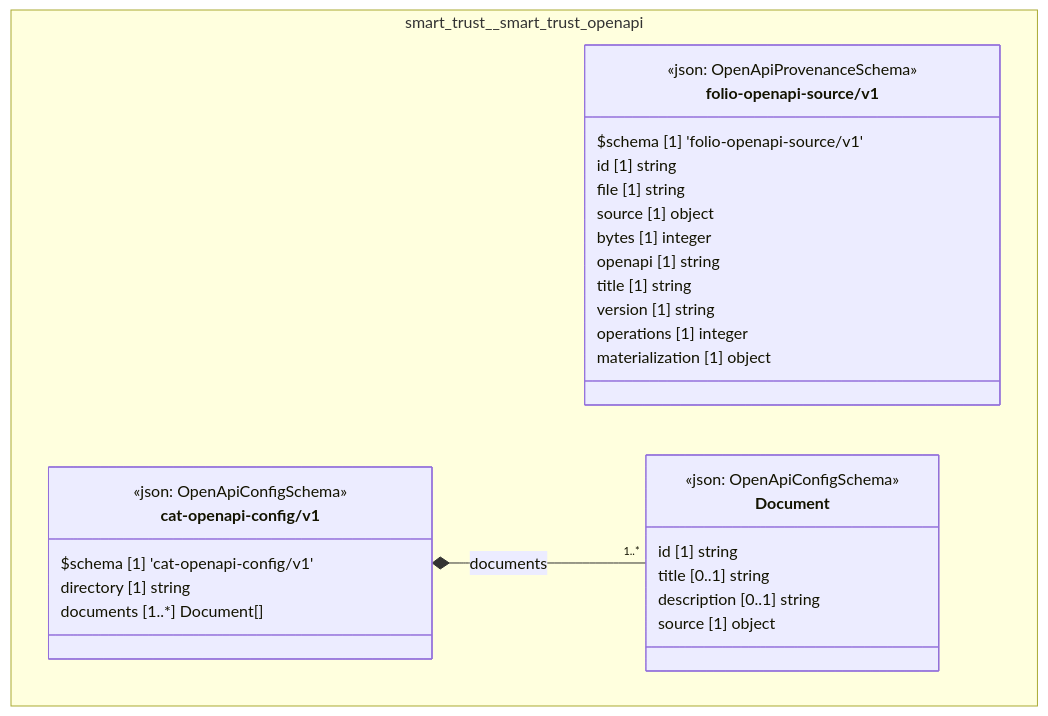
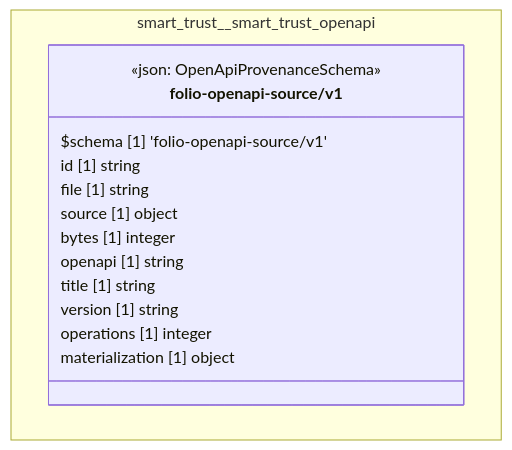
Before and after one commit to litlfred/cat-harness: the diagram in docs/uml/overview/smart-trust/smart-trust-openapi.md, drawn with Mermaid. The commit also changed other lines of this file and 406 other files, not shown here.

````diff
--- a/docs/uml/overview/smart-trust/smart-trust-openapi.md
+++ b/docs/uml/overview/smart-trust/smart-trust-openapi.md
@@ -42,36 +42,20 @@
 ```mermaid
 classDiagram
   direction TB
   namespace smart_trust__smart_trust_openapi {
     class smart_trust_smart_trust_openapi_folio_openapi_source_v1_folio_openapi_source_v1["folio-openapi-source/v1"] {
       <<json: OpenApiProvenanceSchema>>
       $schema [1] 'folio-openapi-source/v1'
       id [1] string
       file [1] string
       source [1] object
       bytes [1] integer
       openapi [1] string
       title [1] string
       version [1] string
       operations [1] integer
       materialization [1] object
     }
-    class smart_trust_smart_trust_openapi_cat_openapi_config_v1_Document["Document"] {
-      <<json: OpenApiConfigSchema>>
-      id [1] string
-      title [0..1] string
-      description [0..1] string
-      source [1] object
-    }
-    class smart_trust_smart_trust_openapi_cat_openapi_config_v1_cat_openapi_config_v1["cat-openapi-config/v1"] {
-      <<json: OpenApiConfigSchema>>
-      $schema [1] 'cat-openapi-config/v1'
-      directory [1] string
-      documents [1..*] Document[]
-    }
   }
-  smart_trust_smart_trust_openapi_cat_openapi_config_v1_cat_openapi_config_v1 *-- "1..*" smart_trust_smart_trust_openapi_cat_openapi_config_v1_Document : documents
   cssClass "smart_trust_smart_trust_openapi_folio_openapi_source_v1_folio_openapi_source_v1" fa_uml_kind_openapi
-  cssClass "smart_trust_smart_trust_openapi_cat_openapi_config_v1_Document" fa_uml_kind_openapi
-  cssClass "smart_trust_smart_trust_openapi_cat_openapi_config_v1_cat_openapi_config_v1" fa_uml_kind_openapi
 ```
````
